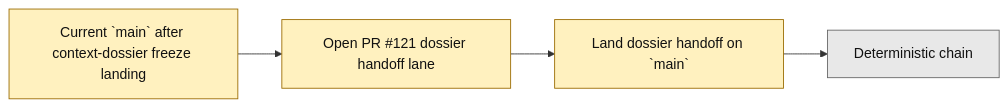
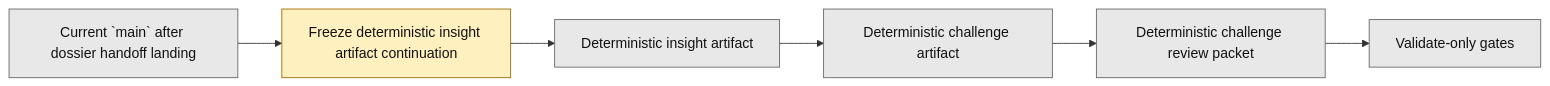
Before and after one commit to benjmcd/project6_REPO_MCP_FOLDER: the second of 2 diagrams in next_milestone_plans/layer3_progress_board.md, drawn with Mermaid. The commit also changed other lines of this file and 8 other files, not shown here.

````diff
--- a/next_milestone_plans/layer3_progress_board.md
+++ b/next_milestone_plans/layer3_progress_board.md
@@ -134,12 +134,15 @@
 ```mermaid
 flowchart LR
-    A["Current `main` after context-dossier freeze landing"] --> B["Open PR #121 dossier handoff lane"]
-    B --> C["Land dossier handoff on `main`"]
-    C --> D["Deterministic chain"]
+    A["Current `main` after dossier handoff landing"] --> B["Freeze deterministic insight artifact continuation"]
+    B --> C["Deterministic insight artifact"]
+    C --> D["Deterministic challenge artifact"]
+    D --> E["Deterministic challenge review packet"]
+    E --> F["Validate-only gates"]
 
     classDef next fill:#fff1bf,stroke:#9a6b00,color:#111;
     classDef future fill:#e8e8e8,stroke:#666,color:#111;
 
-    class A,B,C next;
-    class D future;
+    class A future;
+    class B next;
+    class C,D,E,F future;
 ```
````
